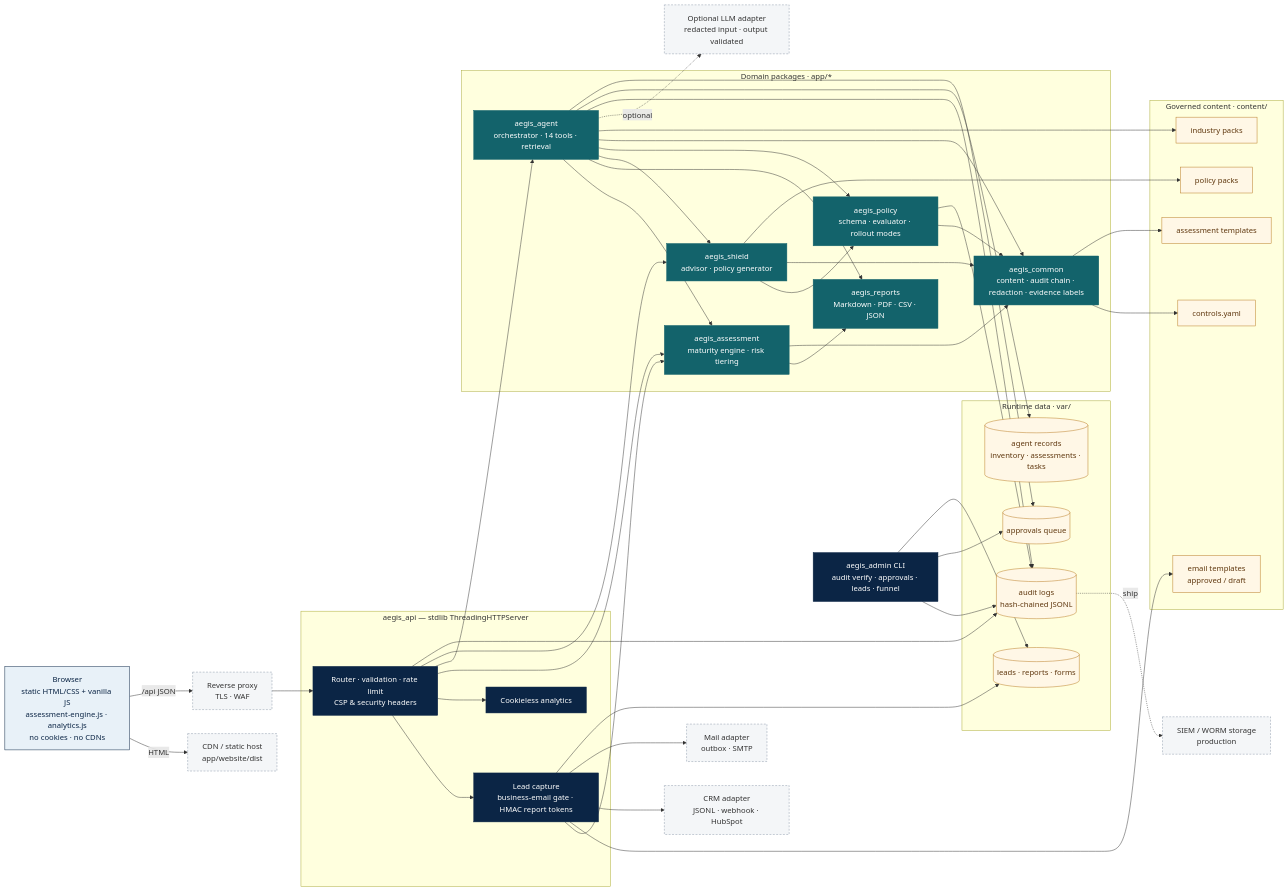
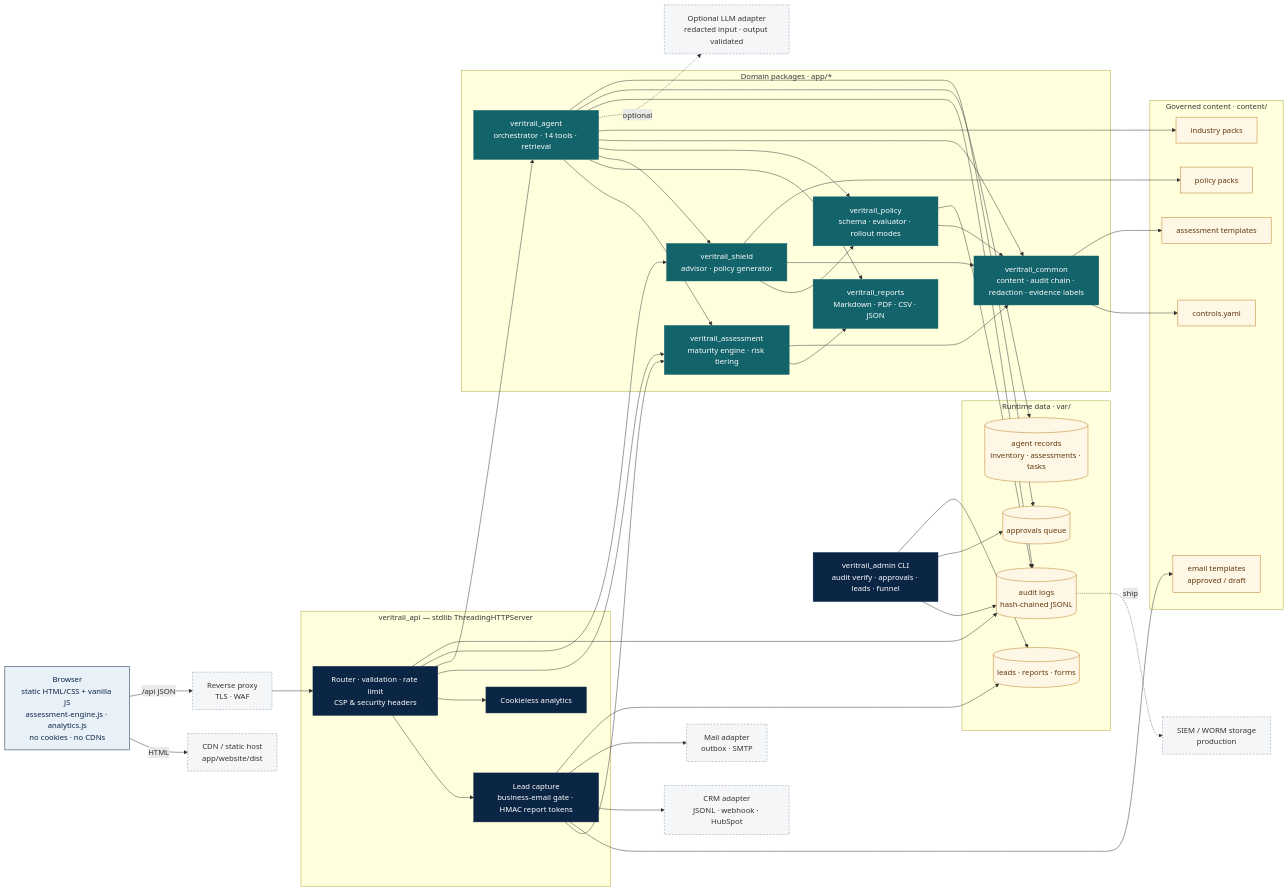
Before and after one commit to kalilurrahman/thoughtful-ai-advisory: the diagram in platform/docs/diagrams/02_technical_architecture.mmd, drawn with Mermaid. The commit also changed 618 other files, not shown here.

First line of the commit message:
Rename the platform from AEGIS to VERITRAIL and the assessment studio from GOVERN to TILLER

```diff
--- a/platform/docs/diagrams/02_technical_architecture.mmd
+++ b/platform/docs/diagrams/02_technical_architecture.mmd
@@ -1,67 +1,67 @@
-%% AEGIS MVP — technical / deployment architecture (as built in this repository)
+%% VERITRAIL MVP — technical / deployment architecture (as built in this repository)
 flowchart LR
   classDef fe fill:#E8F1F8,stroke:#0B2545,color:#0B2545
   classDef svc fill:#0B2545,stroke:#0B2545,color:#fff
   classDef lib fill:#13636B,stroke:#13636B,color:#fff
   classDef store fill:#FFF7E6,stroke:#B7791F,color:#5F370E
   classDef ext fill:#F4F6F8,stroke:#8895A7,color:#333,stroke-dasharray: 4 3
 
   B[Browser<br/>static HTML/CSS + vanilla JS<br/>assessment-engine.js · analytics.js<br/>no cookies · no CDNs]:::fe
   CDN[CDN / static host<br/>app/website/dist]:::ext
   RP[Reverse proxy<br/>TLS · WAF]:::ext
 
-  subgraph API[aegis_api — stdlib ThreadingHTTPServer]
+  subgraph API[veritrail_api — stdlib ThreadingHTTPServer]
     R[Router · validation · rate limit<br/>CSP & security headers]:::svc
     LEAD[Lead capture<br/>business-email gate · HMAC report tokens]:::svc
     EVT[Cookieless analytics]:::svc
   end
 
   subgraph CORE[Domain packages · app/*]
-    AE[aegis_assessment<br/>maturity engine · risk tiering]:::lib
-    RPT[aegis_reports<br/>Markdown · PDF · CSV · JSON]:::lib
-    AGT[aegis_agent<br/>orchestrator · 14 tools · retrieval]:::lib
-    SH[aegis_shield<br/>advisor · policy generator]:::lib
-    PE[aegis_policy<br/>schema · evaluator · rollout modes]:::lib
-    CMN[aegis_common<br/>content · audit chain · redaction · evidence labels]:::lib
+    AE[veritrail_assessment<br/>maturity engine · risk tiering]:::lib
+    RPT[veritrail_reports<br/>Markdown · PDF · CSV · JSON]:::lib
+    AGT[veritrail_agent<br/>orchestrator · 14 tools · retrieval]:::lib
+    SH[veritrail_shield<br/>advisor · policy generator]:::lib
+    PE[veritrail_policy<br/>schema · evaluator · rollout modes]:::lib
+    CMN[veritrail_common<br/>content · audit chain · redaction · evidence labels]:::lib
   end
 
   subgraph CONTENT[Governed content · content/]
     CT[controls.yaml]:::store
     TPL[assessment templates]:::store
     PP[policy packs]:::store
     IP[industry packs]:::store
     EM[email templates<br/>approved / draft]:::store
   end
 
   subgraph VAR[Runtime data · var/]
     AUD[(audit logs<br/>hash-chained JSONL)]:::store
     LDS[(leads · reports · forms)]:::store
     APR[(approvals queue)]:::store
     AGS[(agent records<br/>inventory · assessments · tasks)]:::store
   end
 
-  ADM[aegis_admin CLI<br/>audit verify · approvals · leads · funnel]:::svc
+  ADM[veritrail_admin CLI<br/>audit verify · approvals · leads · funnel]:::svc
   CRM[CRM adapter<br/>JSONL · webhook · HubSpot]:::ext
   MAIL[Mail adapter<br/>outbox · SMTP]:::ext
   LLM[Optional LLM adapter<br/>redacted input · output validated]:::ext
   WORM[SIEM / WORM storage<br/>production]:::ext
 
   B -->|HTML| CDN
   B -->|/api JSON| RP --> R
   R --> LEAD & EVT
   R --> AE & AGT & SH
   LEAD --> AE --> RPT
   AGT --> AE & RPT & SH & PE
   SH --> PE
   AE & AGT & SH & PE --> CMN
   CMN --> CT & TPL
   SH --> PP
   AGT --> IP
   LEAD --> EM
   LEAD --> CRM & MAIL
   AGT -.optional.-> LLM
   R & AGT & PE --> AUD
   LEAD --> LDS
   AGT --> AGS & APR
   ADM --> AUD & APR & LDS
   AUD -.ship.-> WORM
```
